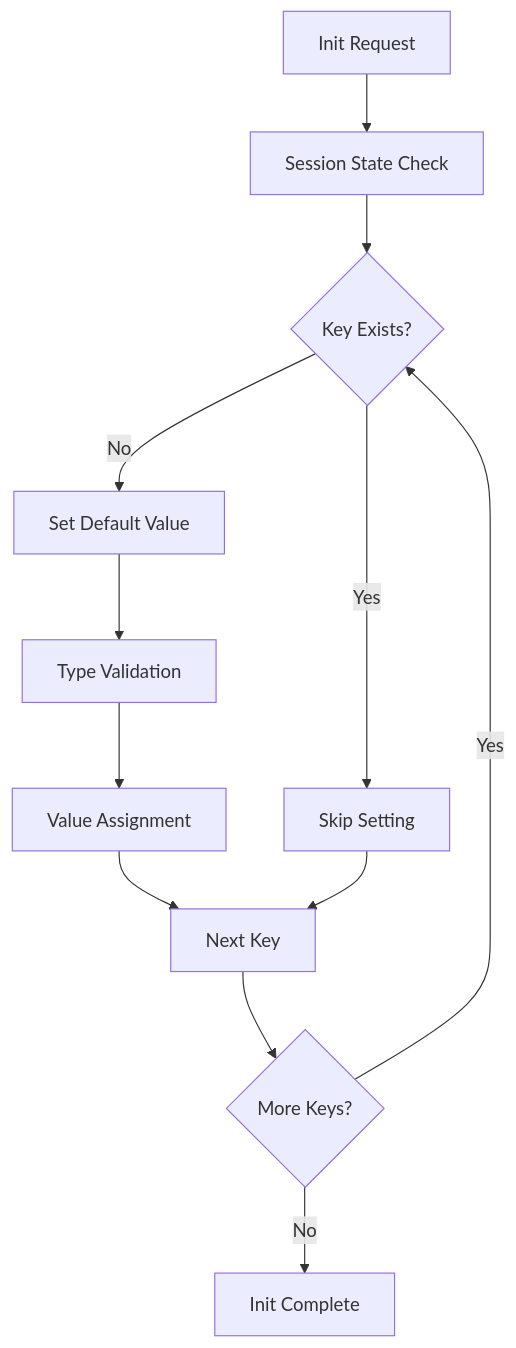
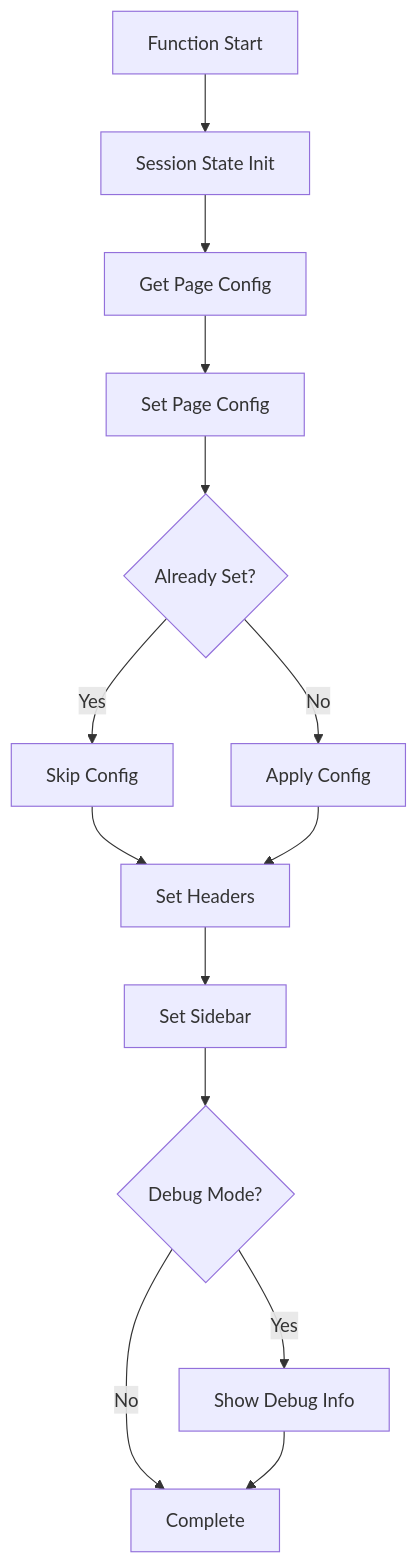
Before and after one commit to nakashima2toshio/anthropic_api_jp: the fifth of 10 diagrams in doc/helper_st.md, drawn with Mermaid. The commit also changed other lines of this file and 12 other files, not shown here.

````diff
--- a/doc/helper_st.md
+++ b/doc/helper_st.md
@@ -216,14 +253,16 @@
 ```mermaid
 graph TD
-    A["Init Request"] --> B["Session State Check"]
-    B --> C{"Key Exists?"}
-    C -->|No| D["Set Default Value"]
-    C -->|Yes| E["Skip Setting"]
-    D --> F["Type Validation"]
-    F --> G["Value Assignment"]
-    G --> H["Next Key"]
-    E --> H
-    H --> I{"More Keys?"}
-    I -->|Yes| C
-    I -->|No| J["Init Complete"]
+    A["Function Start"] --> B["Session State Init"]
+    B --> C["Get Page Config"]
+    C --> D["Set Page Config"]
+    D --> E{Already Set?}
+    E -->|Yes| F["Skip Config"]
+    E -->|No| G["Apply Config"]
+    F --> H["Set Headers"]
+    G --> H
+    H --> I["Set Sidebar"]
+    I --> J{Debug Mode?}
+    J -->|Yes| K["Show Debug Info"]
+    J -->|No| L["Complete"]
+    K --> L
 ```
````
